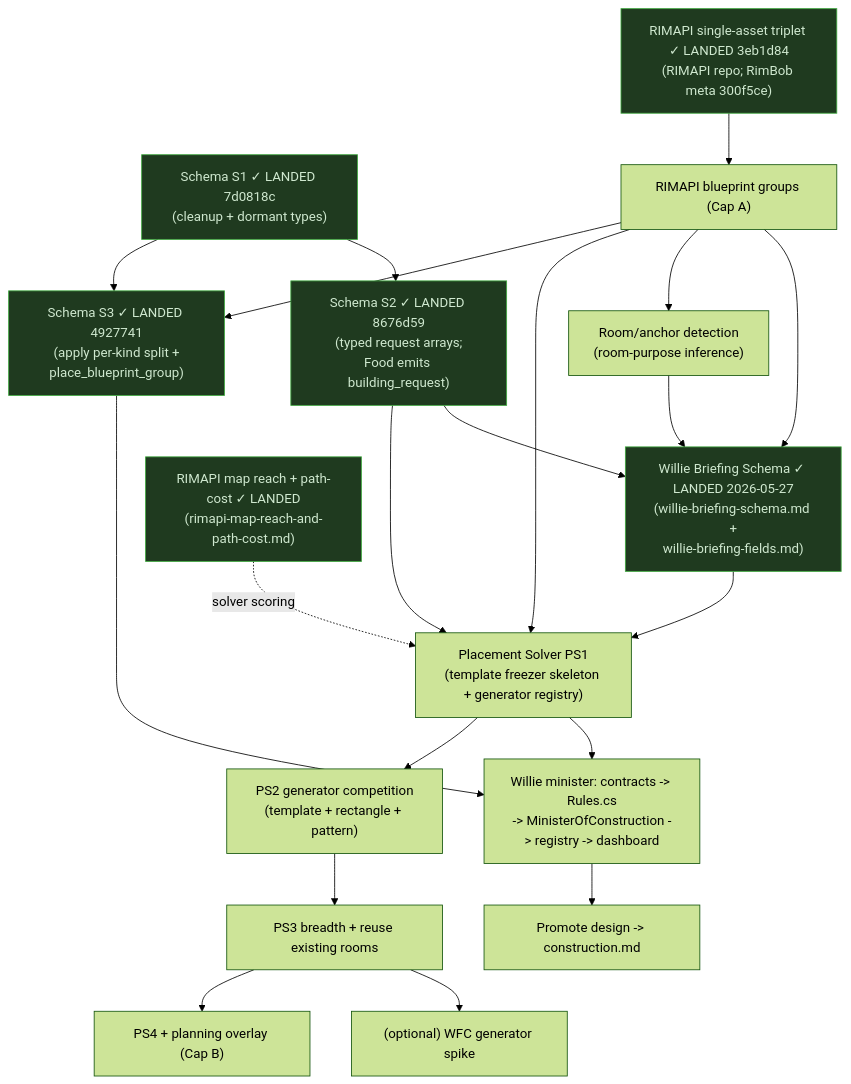
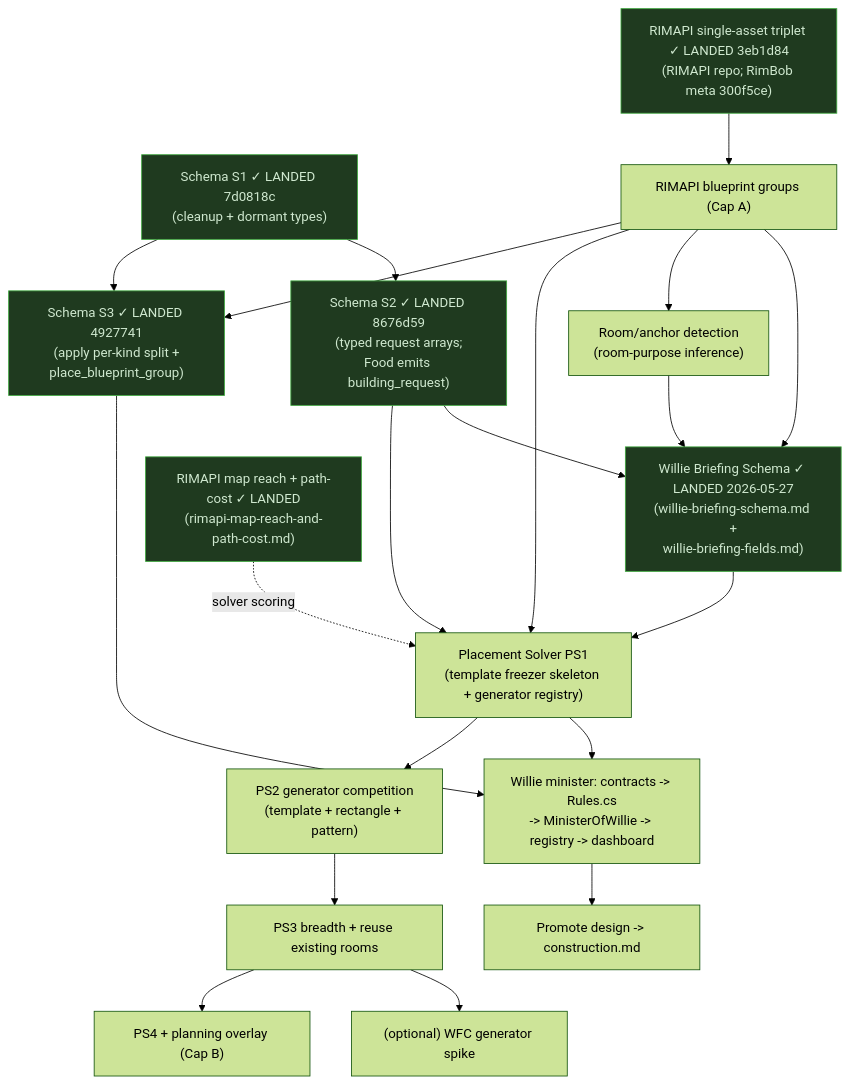
Before and after one commit to ocaspi-sc/RimBob: the diagram in .plans/willie-meta-plan.md, drawn with Mermaid (forest theme). The commit also changed other lines of this file and 62 other files, not shown here.

First line of the commit message:
refactor(schema): rename Construction to Willie

````diff
--- a/.plans/willie-meta-plan.md
+++ b/.plans/willie-meta-plan.md
@@ -154,24 +155,24 @@
 ```mermaid
 flowchart TD
   S1["Schema S1 ✓ LANDED 7d0818c<br/>(cleanup + dormant types)"] --> S2["Schema S2 ✓ LANDED 8676d59<br/>(typed request arrays;<br/>Food emits building_request)"]
   FORK1["RIMAPI single-asset triplet ✓ LANDED 3eb1d84<br/>(RIMAPI repo; RimBob meta 300f5ce)"] --> FORK2["RIMAPI blueprint groups (Cap A)"]
   S2 --> SCHEMA["Willie Briefing Schema ✓ LANDED 2026-05-27<br/>(willie-briefing-schema.md +<br/>willie-briefing-fields.md)"]
   FORK2 --> SCHEMA
   FORK2 --> ROOM["Room/anchor detection<br/>(room-purpose inference)"]
   ROOM --> SCHEMA
   SCHEMA --> PS1["Placement Solver PS1<br/>(template freezer skeleton + generator registry)"]
   S2 --> PS1
   FORK2 --> PS1
   FORK3["RIMAPI map reach + path-cost ✓ LANDED<br/>(rimapi-map-reach-and-path-cost.md)"] -.solver scoring.-> PS1
-  PS1 --> WILLIE["Willie minister: contracts -> Rules.cs<br/>-> MinisterOfConstruction -> registry -> dashboard"]
+  PS1 --> WILLIE["Willie minister: contracts -> Rules.cs<br/>-> MinisterOfWillie -> registry -> dashboard"]
   S1 --> S3["Schema S3 ✓ LANDED 4927741<br/>(apply per-kind split +<br/>place_blueprint_group)"]
   FORK2 --> S3
   S3 --> WILLIE
   PS1 --> PS2["PS2 generator competition<br/>(template + rectangle + pattern)"] --> PS3["PS3 breadth + reuse existing rooms"]
   WILLIE --> PROMOTE["Promote design -> construction.md"]
   PS3 --> WFC["(optional) WFC generator spike"]
   PS3 --> PSB["PS4 + planning overlay (Cap B)"]
 
   classDef done fill:#1f3a1f,stroke:#3fa83f,color:#cfe8cf;
   class S1,S2,S3,FORK1,FORK3,SCHEMA done;
 ```
````
